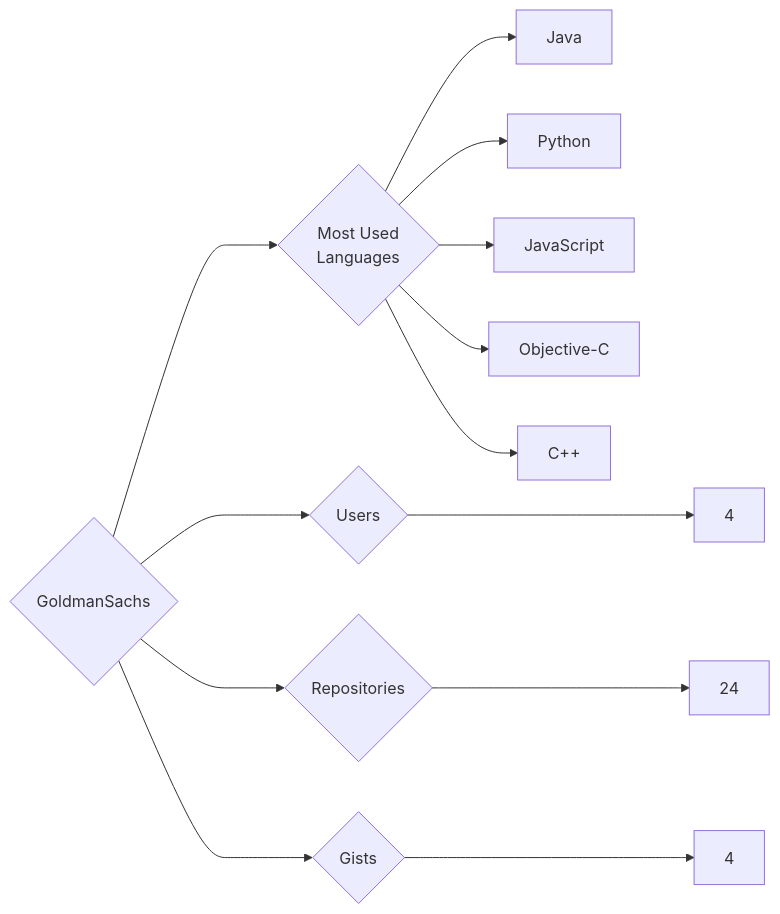
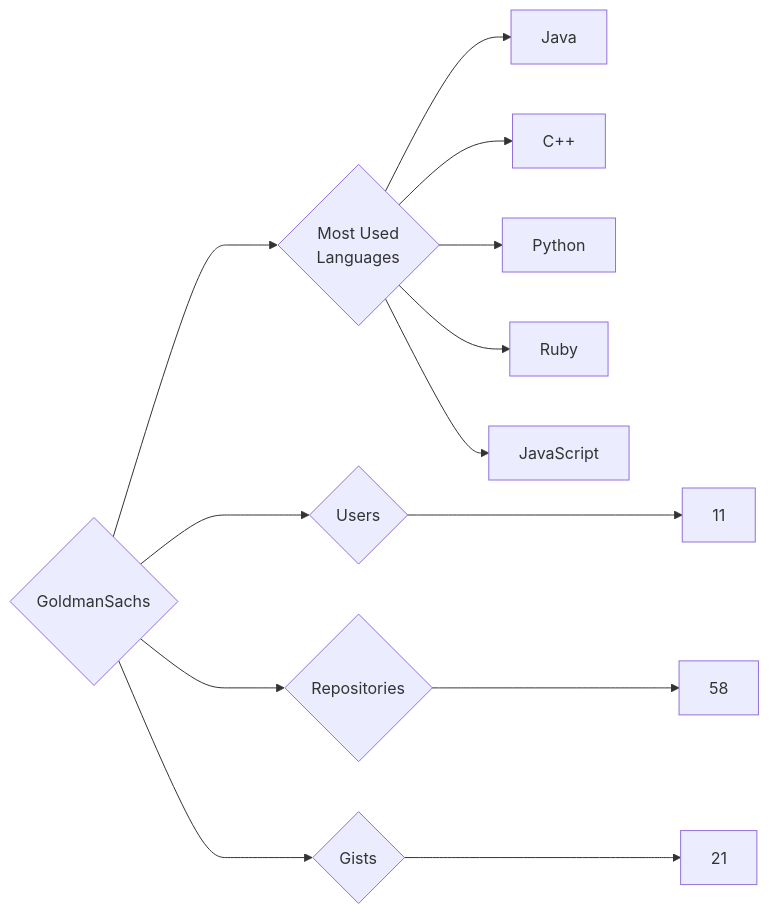
The diagram in targets/GoldmanSachs/README.md (trickest/insiders), drawn with Mermaid before and after one commit. The commit also changed 873 other files, not shown here.

````diff
--- a/targets/GoldmanSachs/README.md
+++ b/targets/GoldmanSachs/README.md
@@ -3,13 +3,13 @@
 ```mermaid
 graph LR
 COMPANY_NAME{GoldmanSachs}
-COMPANY_NAME ---> U{Users} ---> UN[4]
-COMPANY_NAME ---> R{Repositories} ---> RN[24]
-COMPANY_NAME ---> G{Gists} ---> GN[4]
+COMPANY_NAME ---> U{Users} ---> UN[11]
+COMPANY_NAME ---> R{Repositories} ---> RN[58]
+COMPANY_NAME ---> G{Gists} ---> GN[21]
 COMPANY_NAME ---> ML{Most Used<br>Languages}
 ML --> Java[Java]
+ML --> C++[C++]
 ML --> Python[Python]
+ML --> Ruby[Ruby]
 ML --> JavaScript[JavaScript]
-ML --> Objective-C[Objective-C]
-ML --> C++[C++]
 ```
````
